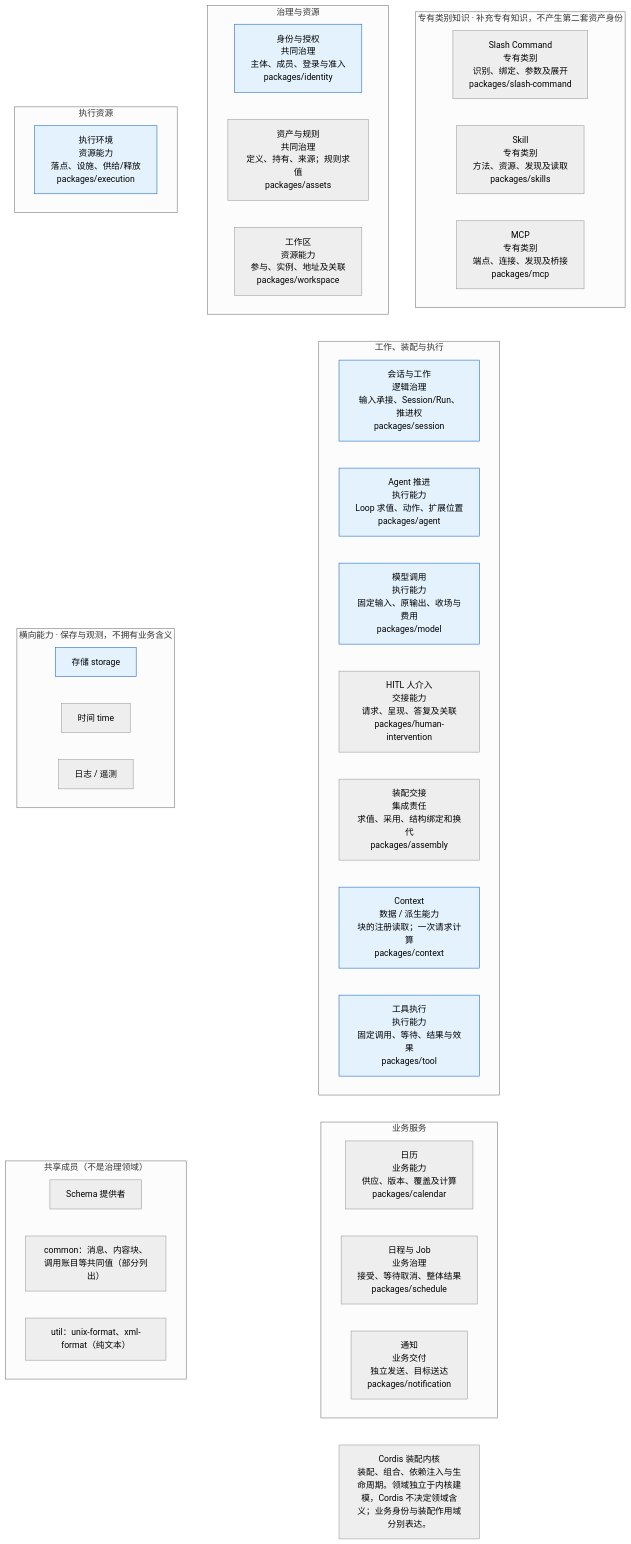
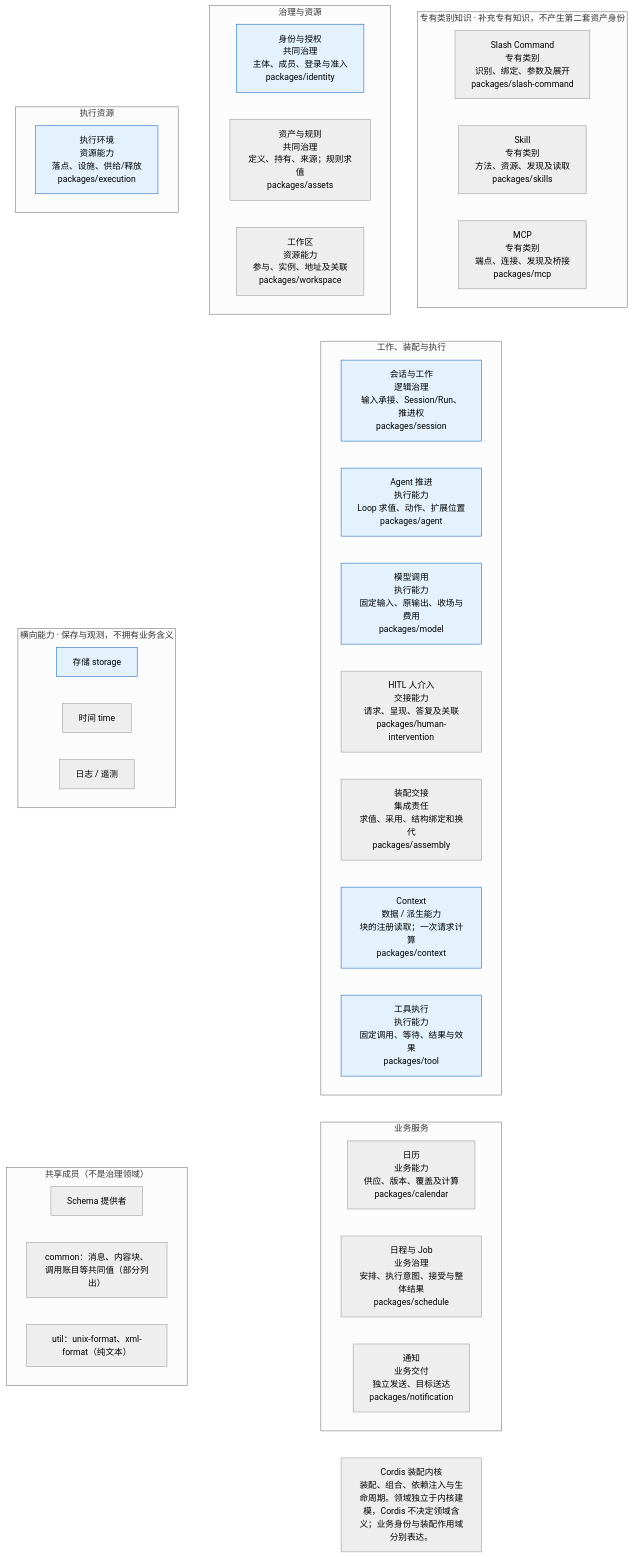
Before and after one commit to nemori-ai/omne-harness-lite: the first of 4 diagrams in docs/orientation.md, drawn with Mermaid (neutral theme). The commit also changed other lines of this file and 1 other file, not shown here.

Commit message:
docs(schedule): 明确执行适配与核心领域边界
Harness: codex
Agent-Role: main

````diff
--- a/docs/orientation.md
+++ b/docs/orientation.md
@@ -28,52 +28,52 @@
 ```mermaid
 flowchart TB
   subgraph gov["治理与资源"]
     identity["身份与授权<br/>共同治理<br/>主体、成员、登录与准入<br/>packages/identity"]
     assets["资产与规则<br/>共同治理<br/>定义、持有、来源；规则求值<br/>packages/assets"]
     workspace["工作区<br/>资源能力<br/>参与、实例、地址及关联<br/>packages/workspace"]
   end
   subgraph kinds["专有类别知识 · 补充专有知识，不产生第二套资产身份"]
     slash["Slash Command<br/>专有类别<br/>识别、绑定、参数及展开<br/>packages/slash-command"]
     skill["Skill<br/>专有类别<br/>方法、资源、发现及读取<br/>packages/skills"]
     mcp["MCP<br/>专有类别<br/>端点、连接、发现及桥接<br/>packages/mcp"]
   end
   subgraph work["工作、装配与执行"]
     session["会话与工作<br/>逻辑治理<br/>输入承接、Session/Run、推进权<br/>packages/session"]
     agent["Agent 推进<br/>执行能力<br/>Loop 求值、动作、扩展位置<br/>packages/agent"]
     model["模型调用<br/>执行能力<br/>固定输入、原输出、收场与费用<br/>packages/model"]
     hitl["HITL 人介入<br/>交接能力<br/>请求、呈现、答复及关联<br/>packages/human-intervention"]
     assembly["装配交接<br/>集成责任<br/>求值、采用、结构绑定和换代<br/>packages/assembly"]
     context["Context<br/>数据 / 派生能力<br/>块的注册读取；一次请求计算<br/>packages/context"]
     tool["工具执行<br/>执行能力<br/>固定调用、等待、结果与效果<br/>packages/tool"]
   end
   subgraph res["执行资源"]
     env["执行环境<br/>资源能力<br/>落点、设施、供给/释放<br/>packages/execution"]
   end
   subgraph biz["业务服务"]
     calendar["日历<br/>业务能力<br/>供应、版本、覆盖及计算<br/>packages/calendar"]
-    schedule["日程与 Job<br/>业务治理<br/>接受、等待取消、整体结果<br/>packages/schedule"]
+    schedule["日程与 Job<br/>业务治理<br/>安排、执行意图、接受与整体结果<br/>packages/schedule"]
     notification["通知<br/>业务交付<br/>独立发送、目标送达<br/>packages/notification"]
   end
   subgraph cross["横向能力 · 保存与观测，不拥有业务含义"]
     storage["存储 storage"]
     clock["时间 time"]
     telemetry["日志 / 遥测"]
   end
   subgraph sharedMembers["共享成员（不是治理领域）"]
     schema["Schema 提供者"]
     common["common：消息、内容块、调用账目等共同值（部分列出）"]
     util["util：unix-format、xml-format（纯文本）"]
   end
   cordis["Cordis 装配内核<br/>装配、组合、依赖注入与生命周期。领域独立于内核建模，Cordis 不决定领域含义；业务身份与装配作用域分别表达。"]
 
   %% 以下 ~~~ 是不可见的排版连线，不表示任何关系
   gov ~~~ work
   kinds ~~~ work
   work ~~~ biz
   res ~~~ cross
   cross ~~~ sharedMembers
   biz ~~~ cordis
 
   classDef loaded fill:#e3f2fd,stroke:#1565c0
   class identity,session,agent,model,context,tool,env,storage loaded
 ```
````
